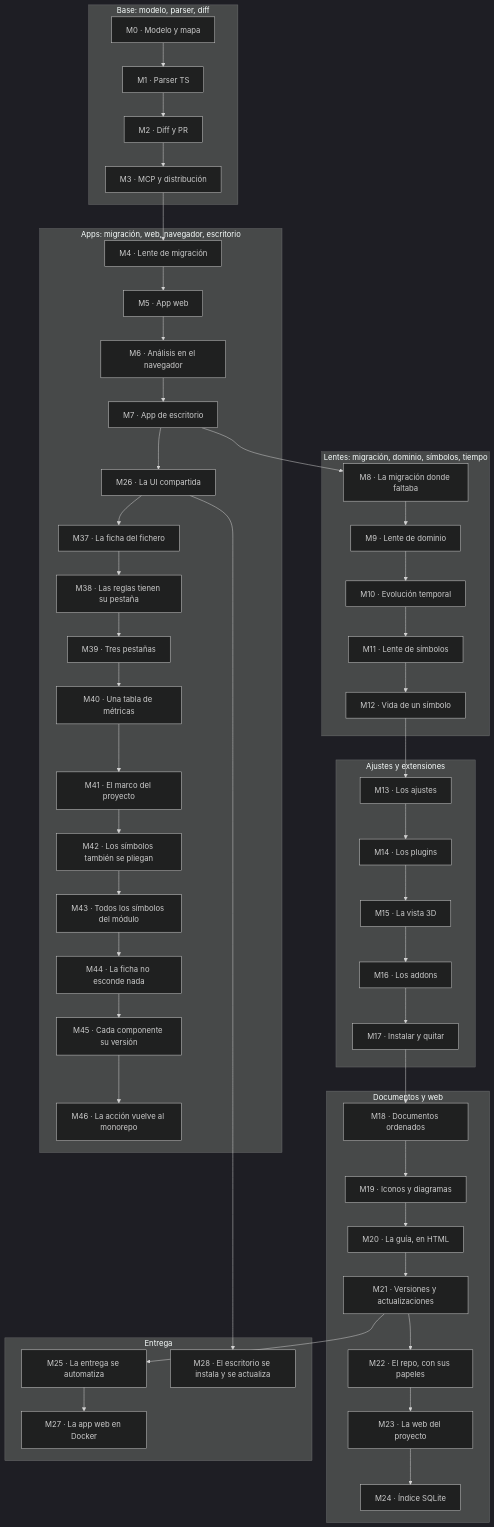
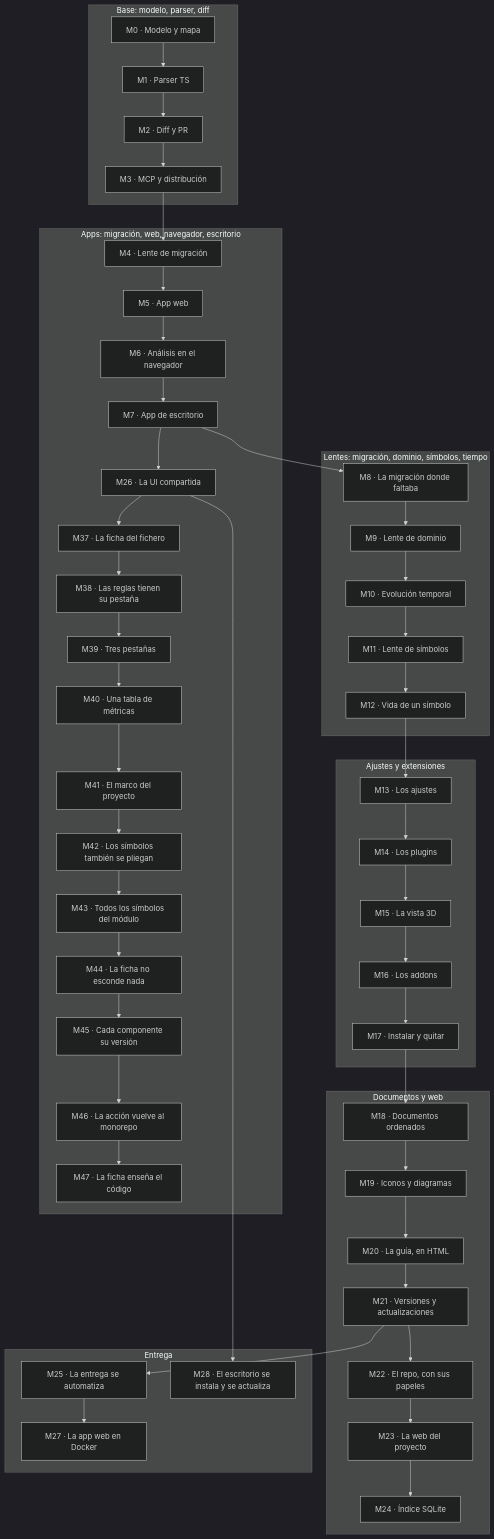
One commit to jaminsmoke/codarch changed the diagram in apps/site/docs/adr/roadmap.md. Above: the diagram before and after it, drawn with Mermaid (dark theme). The commit also changed other lines of this file and 8 other files, not shown here.

````diff
--- a/apps/site/docs/adr/roadmap.md
+++ b/apps/site/docs/adr/roadmap.md
@@ -38,54 +38,55 @@
 ```mermaid
 flowchart TD
   subgraph base["Base: modelo, parser, diff"]
     M0["M0 · Modelo y mapa"] --> M1["M1 · Parser TS"]
     M1 --> M2["M2 · Diff y PR"]
     M2 --> M3["M3 · MCP y distribución"]
   end
   subgraph apps["Apps: migración, web, navegador, escritorio"]
     M4["M4 · Lente de migración"] --> M5["M5 · App web"]
     M5 --> M6["M6 · Análisis en el navegador"]
     M6 --> M7["M7 · App de escritorio"]
     M7 --> M26["M26 · La UI compartida"]
     M26 --> M37["M37 · La ficha del fichero"]
     M37 --> M38["M38 · Las reglas tienen su pestaña"]
     M38 --> M39["M39 · Tres pestañas"]
     M39 --> M40["M40 · Una tabla de métricas"]
     M40 --> M41["M41 · El marco del proyecto"]
     M41 --> M42["M42 · Los símbolos también se pliegan"]
     M42 --> M43["M43 · Todos los símbolos del módulo"]
     M43 --> M44["M44 · La ficha no esconde nada"]
     M44 --> M45["M45 · Cada componente su versión"]
     M45 --> M46["M46 · La acción vuelve al monorepo"]
+    M46 --> M47["M47 · La ficha enseña el código"]
   end
   subgraph lentes["Lentes: migración, dominio, símbolos, tiempo"]
     M8["M8 · La migración donde faltaba"] --> M9["M9 · Lente de dominio"]
     M9 --> M10["M10 · Evolución temporal"]
     M10 --> M11["M11 · Lente de símbolos"]
     M11 --> M12["M12 · Vida de un símbolo"]
   end
   subgraph ext["Ajustes y extensiones"]
     M13["M13 · Los ajustes"] --> M14["M14 · Los plugins"]
     M14 --> M15["M15 · La vista 3D"]
     M15 --> M16["M16 · Los addons"]
     M16 --> M17["M17 · Instalar y quitar"]
   end
   subgraph docs["Documentos y web"]
     M18["M18 · Documentos ordenados"] --> M19["M19 · Iconos y diagramas"]
     M19 --> M20["M20 · La guía, en HTML"]
     M20 --> M21["M21 · Versiones y actualizaciones"]
     M21 --> M22["M22 · El repo, con sus papeles"]
     M22 --> M23["M23 · La web del proyecto"]
     M23 --> M24["M24 · Índice SQLite"]
   end
   subgraph delivery["Entrega"]
     M25["M25 · La entrega se automatiza"]
     M25 --> M27["M27 · La app web en Docker"]
     M26 --> M28["M28 · El escritorio se instala y se actualiza"]
   end
   M3 --> M4
   M7 --> M8
   M12 --> M13
   M17 --> M18
   M21 --> M25
 ```
````
